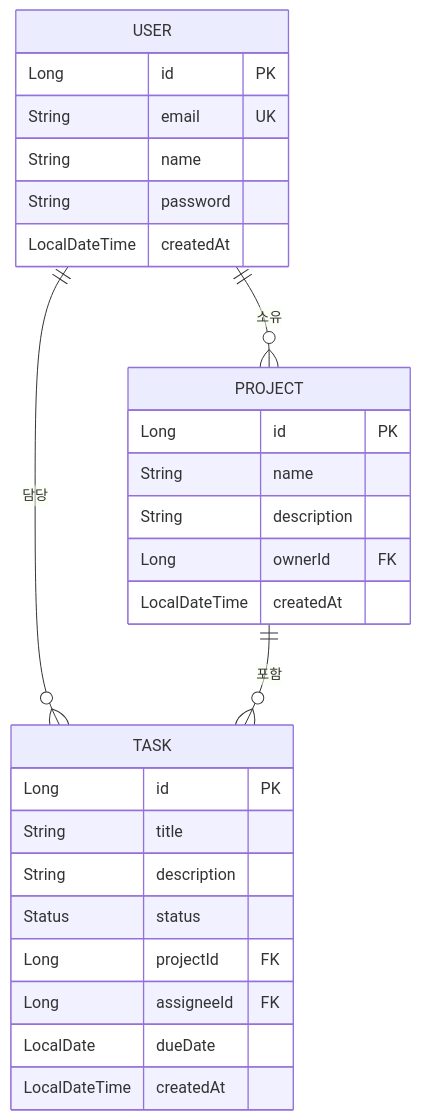
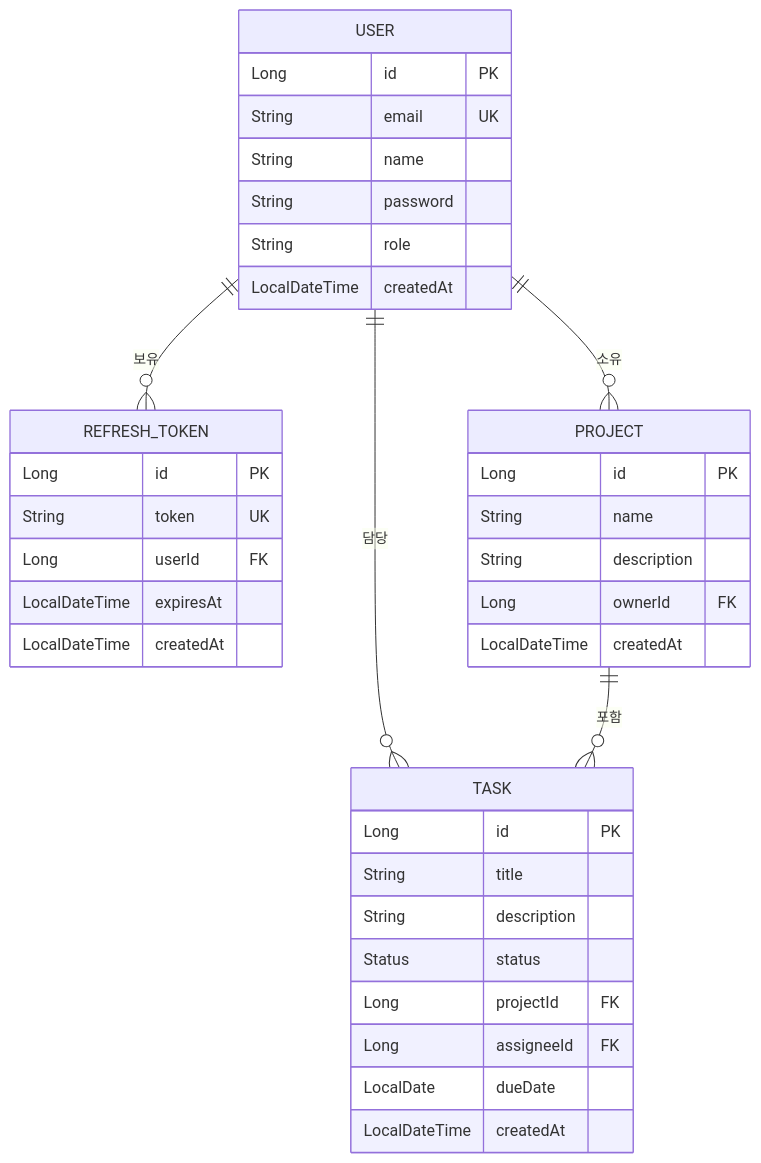
One commit to iee129/taskhive changed the first of 2 diagrams in docs/04-backend/domain-model.md. Above: the diagram before and after it, drawn with Mermaid. The commit also changed other lines of this file and 9 other files, not shown here.

````diff
--- a/docs/04-backend/domain-model.md
+++ b/docs/04-backend/domain-model.md
@@ -5,31 +5,40 @@
 ```mermaid
 erDiagram
     USER {
         Long id PK
         String email UK
         String name
         String password
+        String role
+        LocalDateTime createdAt
+    }
+    REFRESH_TOKEN {
+        Long id PK
+        String token UK
+        Long userId FK
+        LocalDateTime expiresAt
         LocalDateTime createdAt
     }
     PROJECT {
         Long id PK
         String name
         String description
         Long ownerId FK
         LocalDateTime createdAt
     }
     TASK {
         Long id PK
         String title
         String description
         Status status
         Long projectId FK
         Long assigneeId FK
         LocalDate dueDate
         LocalDateTime createdAt
     }
 
+    USER ||--o{ REFRESH_TOKEN : "보유"
     USER ||--o{ PROJECT : "소유"
     USER ||--o{ TASK : "담당"
     PROJECT ||--o{ TASK : "포함"
 ```
````
